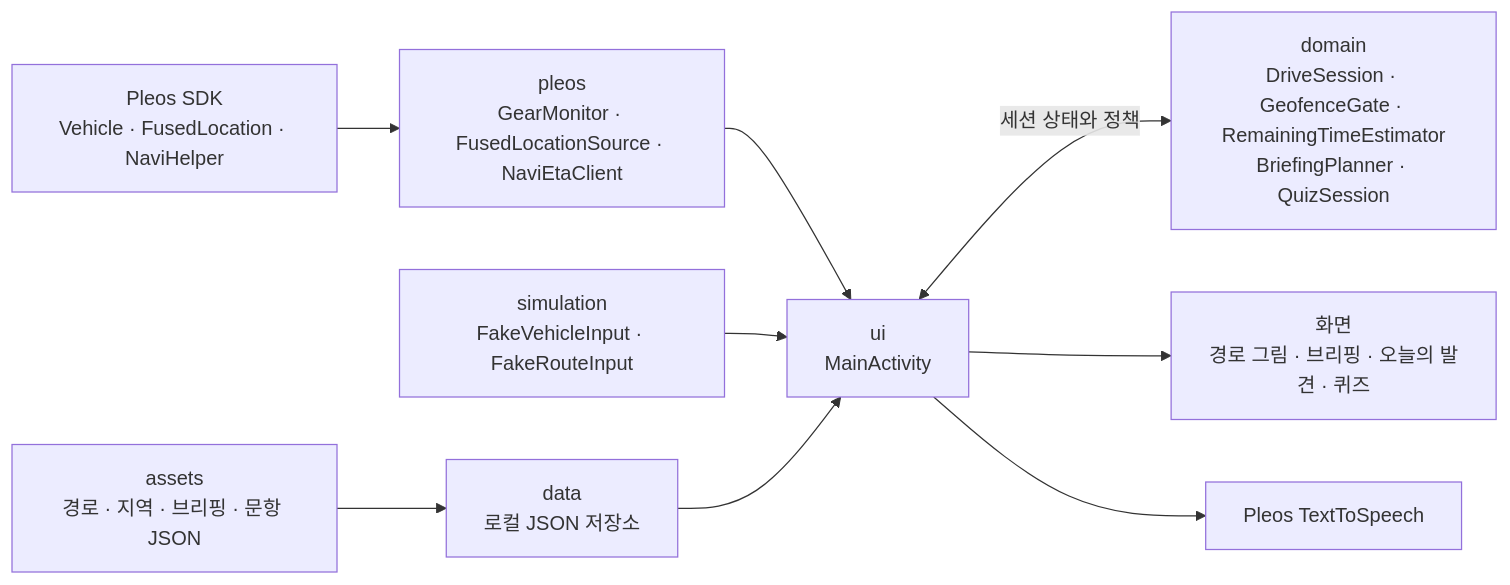
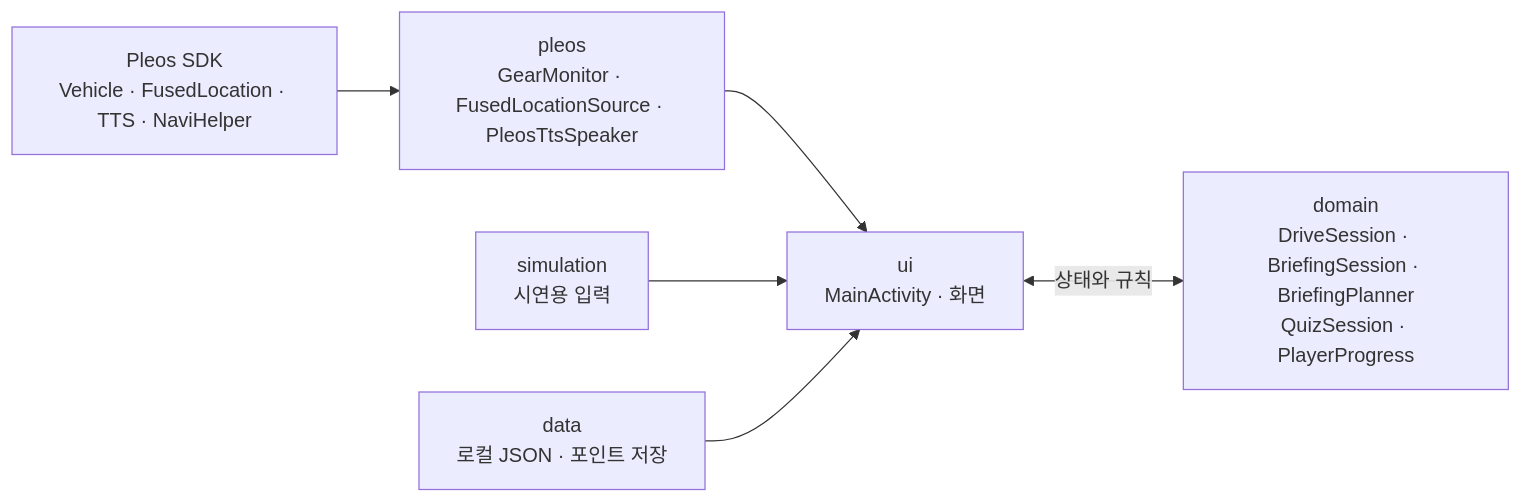
The diagram in README.md (beolene1/ROUTEONOMY), drawn with Mermaid before and after one commit. The commit also changed other lines of this file, not shown here.

````diff
--- a/README.md
+++ b/README.md
@@ -77,19 +89,14 @@
 ```mermaid
 flowchart LR
-    SDK["Pleos SDK<br/>Vehicle · FusedLocation · NaviHelper"]
-    Pleos["pleos<br/>GearMonitor · FusedLocationSource · NaviEtaClient"]
-    Simulation["simulation<br/>FakeVehicleInput · FakeRouteInput"]
-    Assets["assets<br/>경로 · 지역 · 브리핑 · 문항 JSON"]
-    Data["data<br/>로컬 JSON 저장소"]
-    Activity["ui<br/>MainActivity"]
-    Domain["domain<br/>DriveSession · GeofenceGate · RemainingTimeEstimator<br/>BriefingPlanner · QuizSession"]
-    Screen["화면<br/>경로 그림 · 브리핑 · 오늘의 발견 · 퀴즈"]
-    TTS["Pleos TextToSpeech"]
+    SDK["Pleos SDK<br/>Vehicle · FusedLocation · TTS · NaviHelper"]
+    Pleos["pleos<br/>GearMonitor · FusedLocationSource · PleosTtsSpeaker"]
+    Simulation["simulation<br/>시연용 입력"]
+    Data["data<br/>로컬 JSON · 포인트 저장"]
+    Activity["ui<br/>MainActivity · 화면"]
+    Domain["domain<br/>DriveSession · BriefingSession · BriefingPlanner<br/>QuizSession · PlayerProgress"]
 
     SDK --> Pleos --> Activity
     Simulation --> Activity
-    Assets --> Data --> Activity
-    Activity <-->|"세션 상태와 정책"| Domain
-    Activity --> Screen
-    Activity --> TTS
+    Data --> Activity
+    Activity <-->|"상태와 규칙"| Domain
 ```
````
